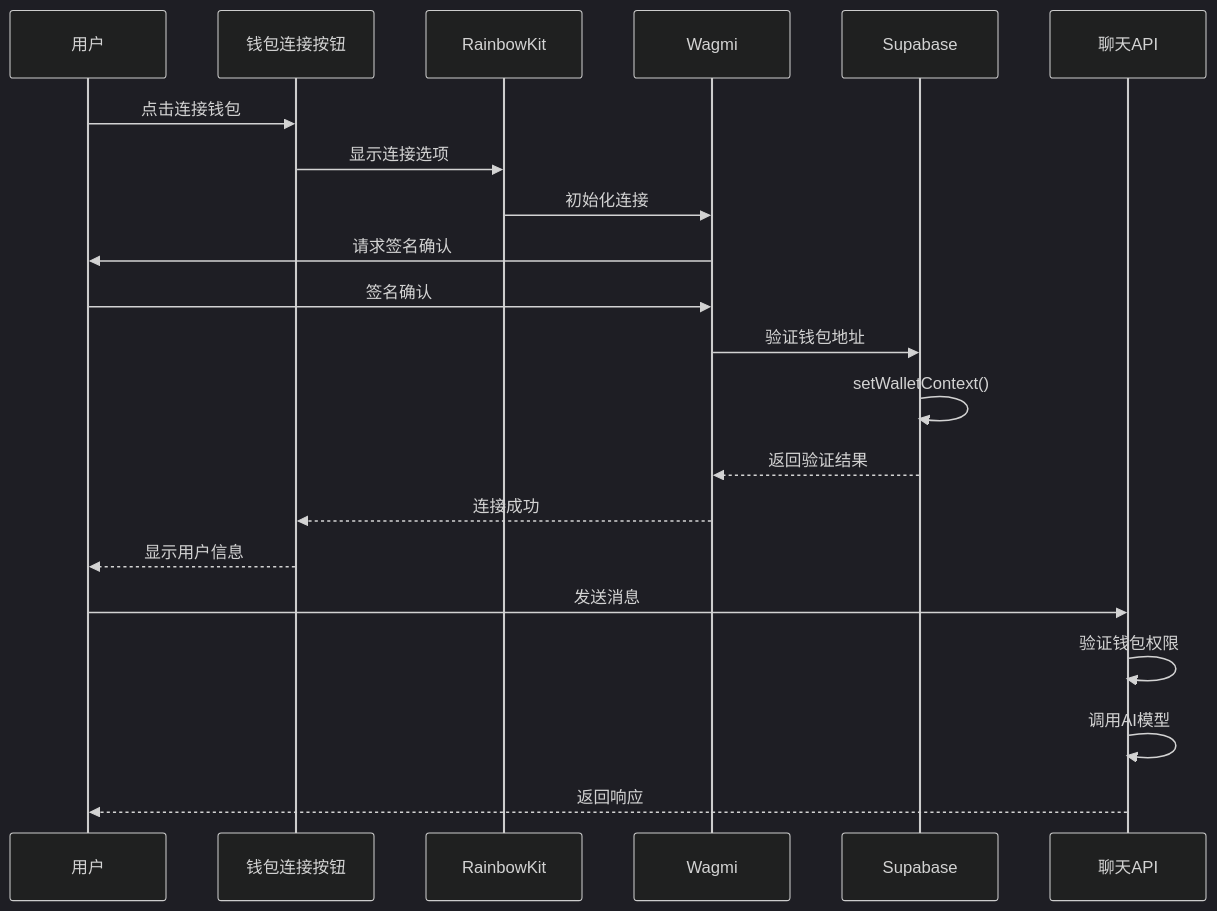
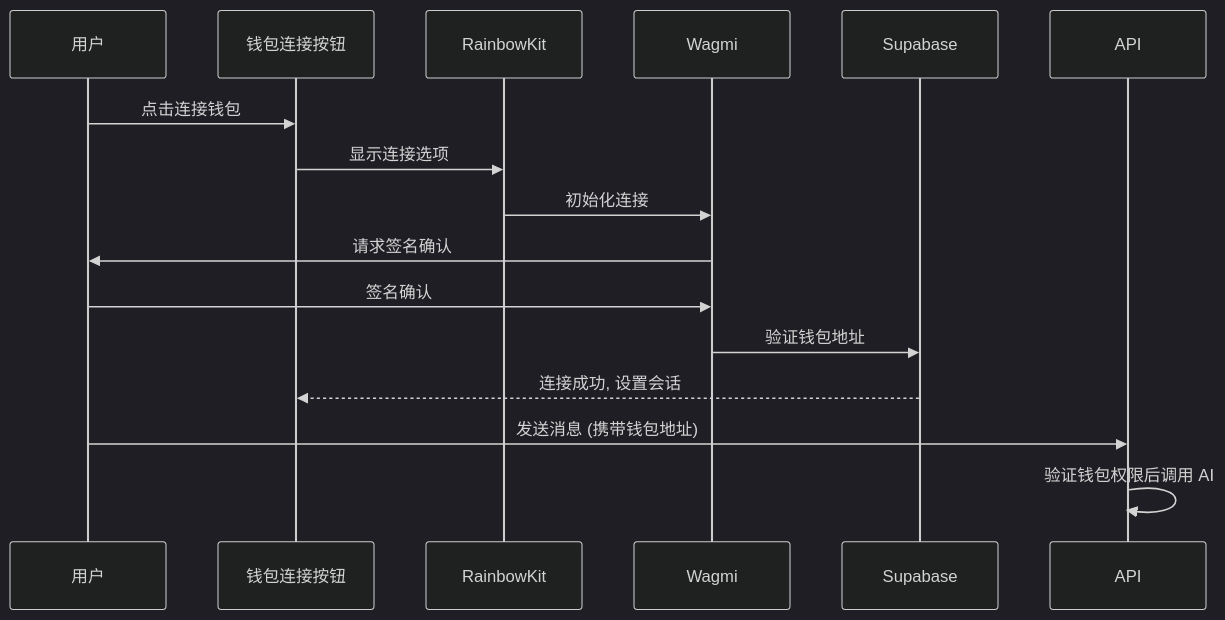
The diagram in content/wiki/05-Web3工具集成/03-钱包认证系统.md (CryptoLinxu/Web3-AI-Agent-WebSite), drawn with Mermaid (dark theme) before and after one commit. The commit also changed other lines of this file and 59 other files, not shown here.

````diff
--- a/content/wiki/05-Web3工具集成/03-钱包认证系统.md
+++ b/content/wiki/05-Web3工具集成/03-钱包认证系统.md
@@ -154,23 +9,17 @@
 ```mermaid
 sequenceDiagram
 participant User as 用户
 participant UI as 钱包连接按钮
-participant RainbowKit as RainbowKit
-participant Wagmi as Wagmi
-participant Supabase as Supabase
-participant API as 聊天API
+participant RainbowKit
+participant Wagmi
+participant Supabase
 User->>UI : 点击连接钱包
 UI->>RainbowKit : 显示连接选项
 RainbowKit->>Wagmi : 初始化连接
 Wagmi->>User : 请求签名确认
 User->>Wagmi : 签名确认
 Wagmi->>Supabase : 验证钱包地址
-Supabase->>Supabase : setWalletContext()
-Supabase-->>Wagmi : 返回验证结果
-Wagmi-->>UI : 连接成功
-UI-->>User : 显示用户信息
-User->>API : 发送消息
-API->>API : 验证钱包权限
-API->>API : 调用AI模型
-API-->>User : 返回响应
+Supabase-->>UI : 连接成功, 设置会话
+User->>API : 发送消息 (携带钱包地址)
+API->>API : 验证钱包权限后调用 AI
 ```
````
